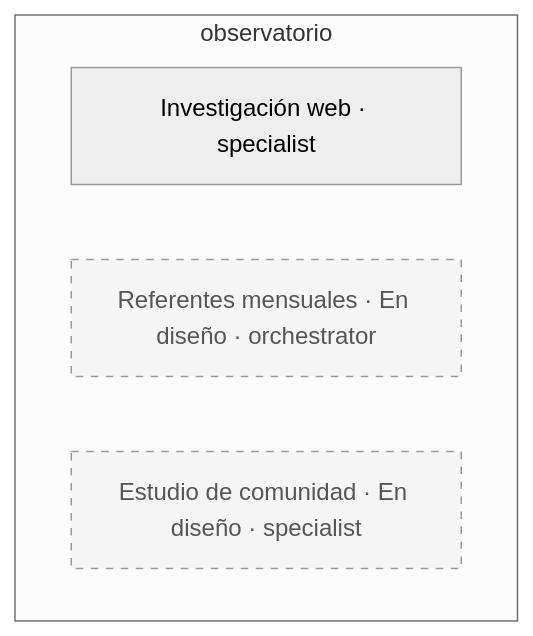
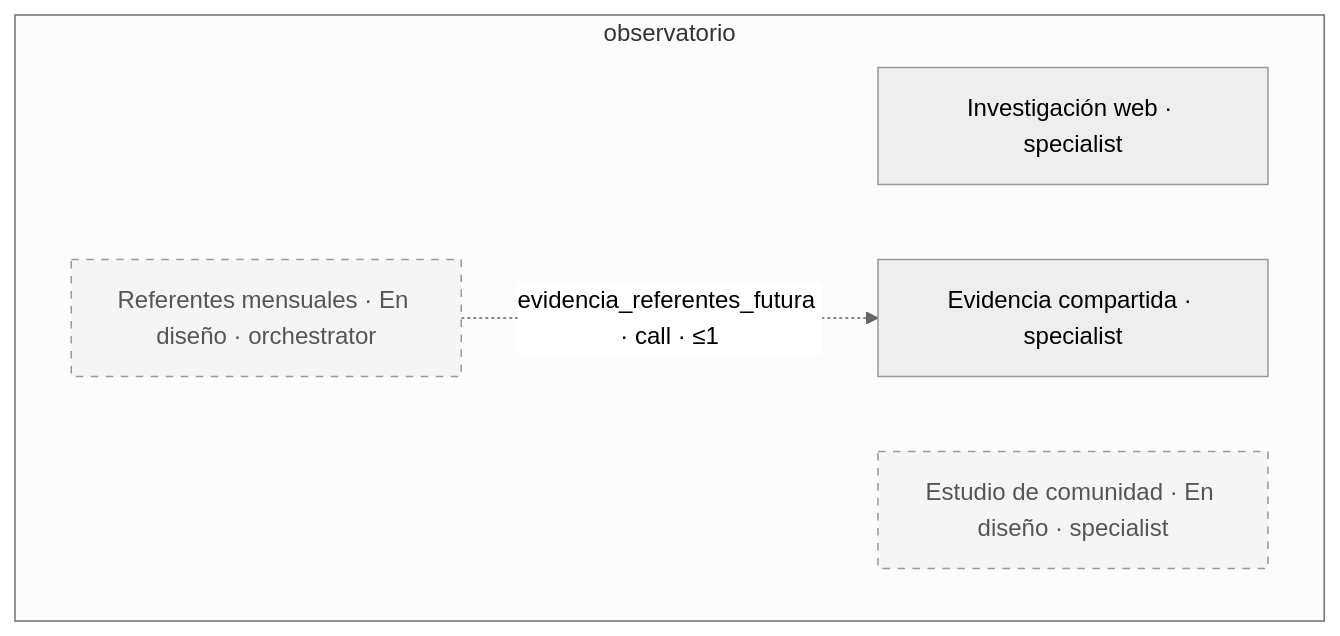
The tenth of 13 diagrams in docs/arquitectura/grafo.md (gustavop-dev/barrio-ai), drawn with Mermaid (neutral theme) before and after one commit. The commit also changed other lines of this file and 15 other files, not shown here.

First line of the commit message:
feat(observatorio): fase 4 — evidencia compartida con procedencia, cobertura y atribución por referente

````diff
--- a/docs/arquitectura/grafo.md
+++ b/docs/arquitectura/grafo.md
@@ -365,11 +372,13 @@
 ```mermaid
 flowchart TD
   classDef planned stroke-dasharray: 5 5,fill:#f5f5f5,color:#555;
   subgraph grupo_observatorio["observatorio"]
     investigacion_web["Investigación web · specialist"]
     investigador_lider["Referentes mensuales · En diseño · orchestrator"]
     class investigador_lider planned;
     estudio_comunidad["Estudio de comunidad · En diseño · specialist"]
     class estudio_comunidad planned;
+    evidencia_compartida["Evidencia compartida · specialist"]
   end
+  investigador_lider -.->|"evidencia_referentes_futura · call · ≤1"| evidencia_compartida
 ```
````
